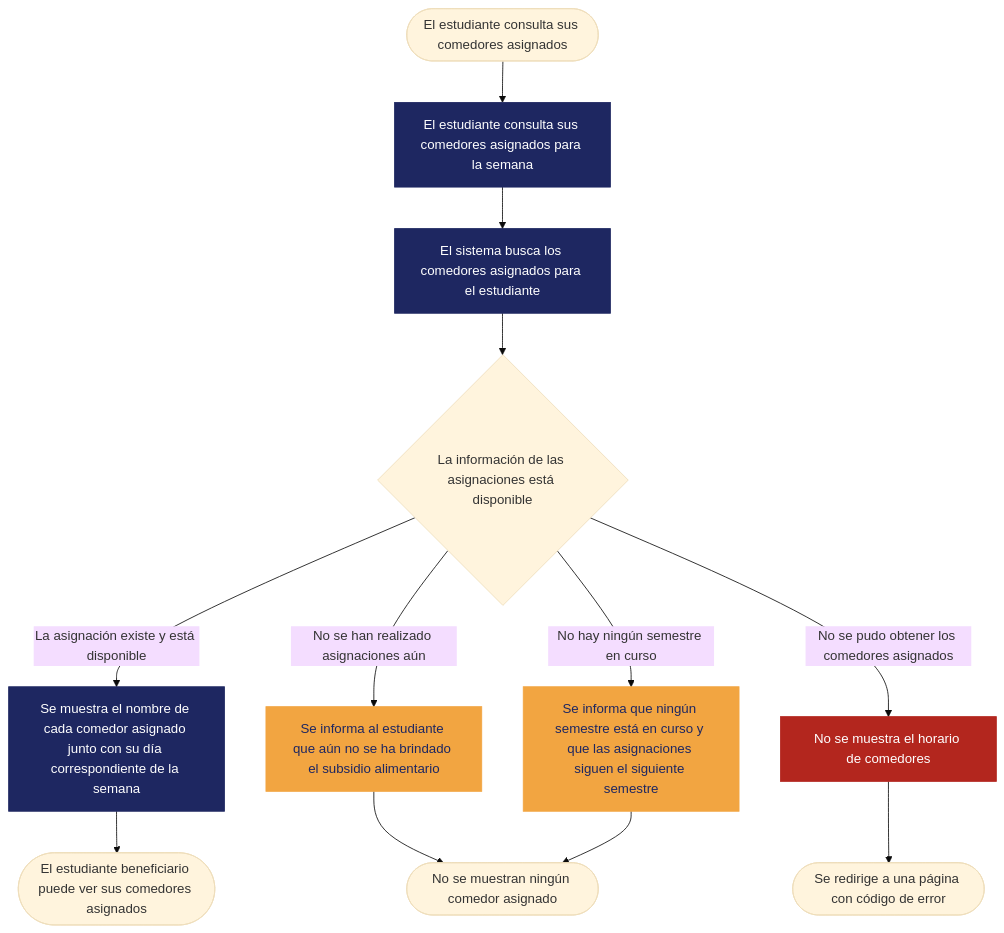
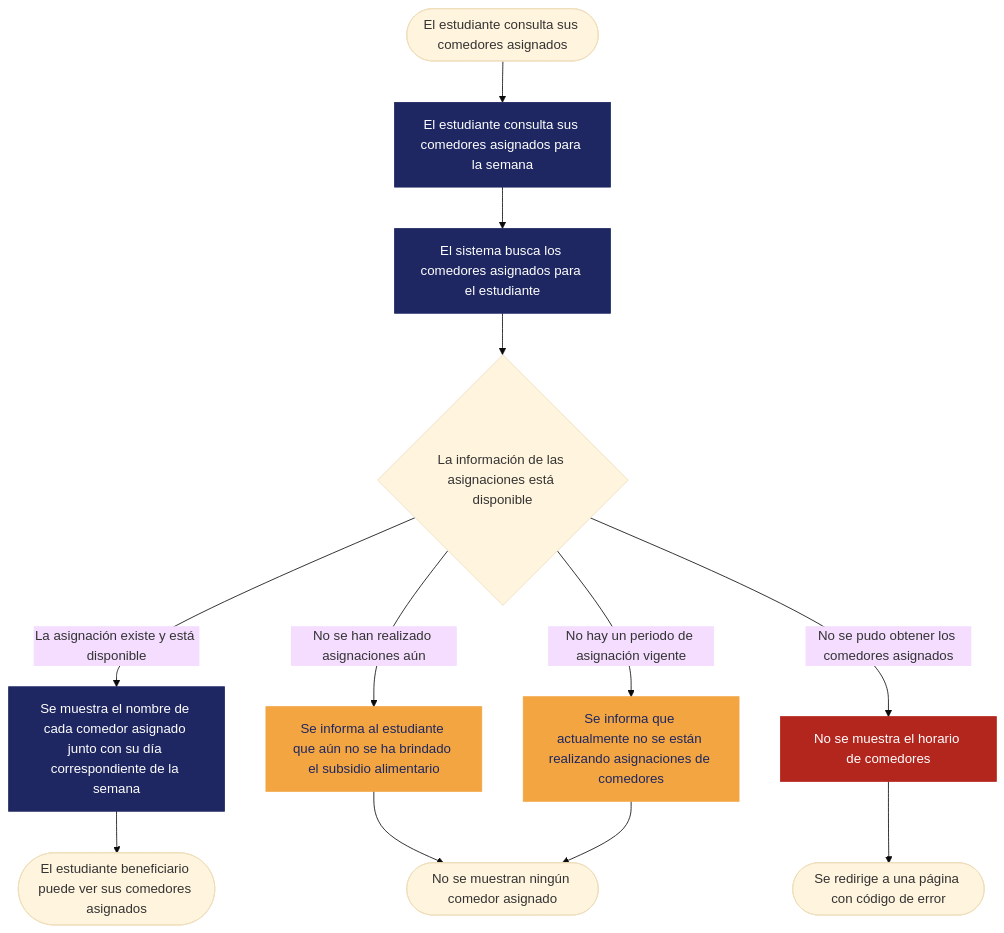
One commit to alfredoquev/Almuerzate.app changed the diagram in docs/requirements/REQ-10.md. Above: the diagram before and after it, drawn with Mermaid (base theme). The commit also changed other lines of this file, not shown here.

````diff
--- a/docs/requirements/REQ-10.md
+++ b/docs/requirements/REQ-10.md
@@ -139,21 +143,21 @@
 ```mermaid
 flowchart TD
     A([El estudiante consulta sus comedores asignados]) --> B["El estudiante consulta sus comedores asignados para la semana"]
     B --> C["El sistema busca los comedores asignados para el estudiante"]
     C --> D{"La información de las asignaciones está disponible"}
     D -- "La asignación existe y está disponible" --> G["Se muestra el nombre de cada comedor asignado junto con su día correspondiente de la semana"]
     G --> H(["El estudiante beneficiario puede ver sus comedores asignados"])
     D -- "No se han realizado asignaciones aún" --> E["Se informa al estudiante que aún no se ha brindado el subsidio alimentario"]
     E --> I(["No se muestran ningún comedor asignado"])
     D -- "No se pudo obtener los comedores asignados" --> F["No se muestra el horario de comedores"]
     F --> J(["Se redirige a una página con código de error"])
-    D -- "No hay ningún semestre en curso" --> K["Se informa que ningún semestre está en curso y que las asignaciones siguen el siguiente semestre"]
+    D -- "No hay un periodo de asignación vigente" --> K["Se informa que actualmente no se están realizando asignaciones de comedores"]
     K --> I
 
     classDef mainflow fill:#1E2761,color:#ffffff,stroke:#1E2761;
     classDef alt fill:#F2A541,color:#1E2761,stroke:#F2A541;
     classDef exception fill:#B3261E,color:#ffffff,stroke:#B3261E;
     class B,C,G mainflow;
     class E,K alt;
     class F exception;
 ```
````
